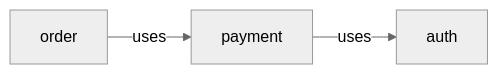
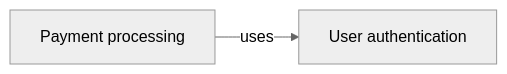
The diagram in docs/commands/sdd-domain.md (JakeB-5/sdd-tool), drawn with Mermaid (neutral theme) before and after one commit. The commit also changed other lines of this file and 11 other files, not shown here.

````diff
--- a/docs/commands/sdd-domain.md
+++ b/docs/commands/sdd-domain.md
@@ -79,5 +84,6 @@
 ```mermaid
 graph LR
+  auth["User authentication"]
+  payment["Payment processing"]
   payment -->|uses| auth
-  order -->|uses| payment
 ```
````
